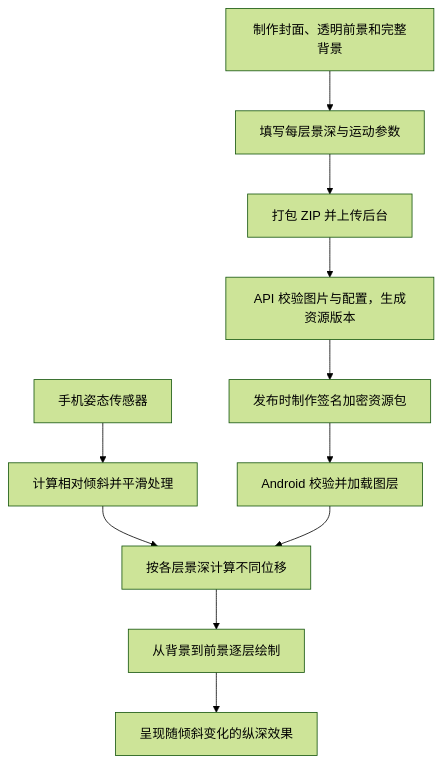
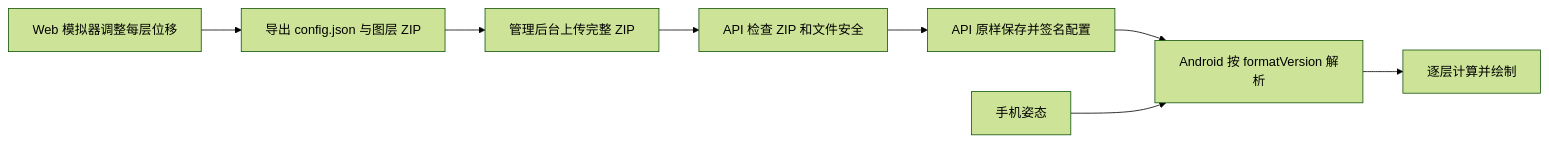
One commit to Jerry1254/wallpapersapp changed the diagram in docs/02-系统架构/ARC-003-4D分层视差壁纸原理.md. Above: the diagram before and after it, drawn with Mermaid (forest theme). The commit also changed other lines of this file and 15 other files, not shown here.

````diff
--- a/docs/02-系统架构/ARC-003-4D分层视差壁纸原理.md
+++ b/docs/02-系统架构/ARC-003-4D分层视差壁纸原理.md
@@ -19,13 +77,10 @@
 ```mermaid
-flowchart TD
-    A[制作封面、透明前景和完整背景] --> B[填写每层景深与运动参数]
-    B --> C[打包 ZIP 并上传后台]
-    C --> D[API 校验图片与配置，生成资源版本]
-    D --> E[发布时制作签名加密资源包]
-    E --> F[Android 校验并加载图层]
-    G[手机姿态传感器] --> H[计算相对倾斜并平滑处理]
-    H --> I[按各层景深计算不同位移]
-    F --> I
-    I --> J[从背景到前景逐层绘制]
-    J --> K[呈现随倾斜变化的纵深效果]
+flowchart LR
+    A[Web 模拟器调整每层位移] --> B[导出 config.json 与图层 ZIP]
+    B --> C[管理后台上传完整 ZIP]
+    C --> D[API 检查 ZIP 和文件安全]
+    D --> E[API 原样保存并签名配置]
+    E --> F[Android 按 formatVersion 解析]
+    G[手机姿态] --> F
+    F --> H[逐层计算并绘制]
 ```
````
